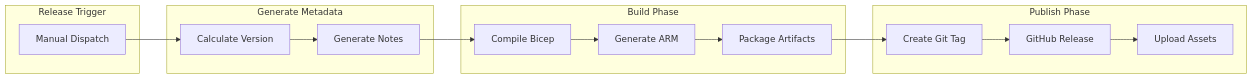
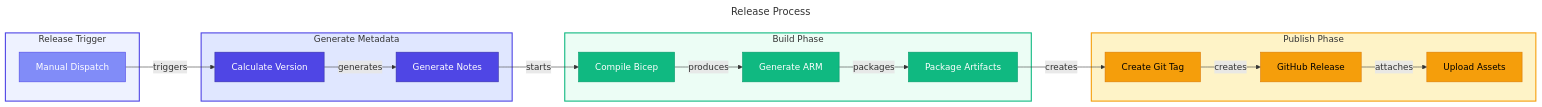
One commit to Evilazaro/DevExp-DevBox changed diagram 14 of 14 in docs/architecture/04-technology-architecture.md. Above: the diagram before and after it, drawn with Mermaid. The commit also changed other lines of this file, not shown here.

Commit message:
Refactor setup script flow, Git branching strategy, and release process diagrams to enhance clarity and detail in technology architecture documentation

````diff
--- a/docs/architecture/04-technology-architecture.md
+++ b/docs/architecture/04-technology-architecture.md
@@ -1176,32 +1196,58 @@
 ```mermaid
+---
+title: Release Process
+---
 flowchart LR
+    %% ===== STYLE DEFINITIONS =====
+    classDef primary fill:#4F46E5,stroke:#3730A3,color:#FFFFFF
+    classDef secondary fill:#10B981,stroke:#059669,color:#FFFFFF
+    classDef datastore fill:#F59E0B,stroke:#D97706,color:#000000
+    classDef trigger fill:#818CF8,stroke:#4F46E5,color:#FFFFFF
+
+    %% ===== TRIGGER =====
     subgraph Trigger["Release Trigger"]
-        MANUAL[Manual Dispatch]
+        MANUAL["Manual Dispatch"]
     end
 
+    %% ===== GENERATE =====
     subgraph Generate["Generate Metadata"]
-        VERSION[Calculate Version]
-        NOTES[Generate Notes]
+        VERSION["Calculate Version"]
+        NOTES["Generate Notes"]
     end
 
+    %% ===== BUILD =====
     subgraph Build["Build Phase"]
-        BICEP[Compile Bicep]
-        ARM[Generate ARM]
-        ZIP[Package Artifacts]
+        BICEP["Compile Bicep"]
+        ARM["Generate ARM"]
+        ZIP["Package Artifacts"]
     end
 
+    %% ===== PUBLISH =====
     subgraph Publish["Publish Phase"]
-        TAG[Create Git Tag]
-        RELEASE[GitHub Release]
-        UPLOAD[Upload Assets]
+        TAG["Create Git Tag"]
+        RELEASE["GitHub Release"]
+        UPLOAD["Upload Assets"]
     end
 
-    MANUAL --> VERSION
-    VERSION --> NOTES
-    NOTES --> BICEP
-    BICEP --> ARM
-    ARM --> ZIP
-    ZIP --> TAG
-    TAG --> RELEASE
-    RELEASE --> UPLOAD
+    %% ===== CONNECTIONS =====
+    MANUAL -->|"triggers"| VERSION
+    VERSION -->|"generates"| NOTES
+    NOTES -->|"starts"| BICEP
+    BICEP -->|"produces"| ARM
+    ARM -->|"packages"| ZIP
+    ZIP -->|"creates"| TAG
+    TAG -->|"creates"| RELEASE
+    RELEASE -->|"attaches"| UPLOAD
+
+    %% ===== APPLY STYLES =====
+    class MANUAL trigger
+    class VERSION,NOTES primary
+    class BICEP,ARM,ZIP secondary
+    class TAG,RELEASE,UPLOAD datastore
+
+    %% ===== SUBGRAPH STYLING =====
+    style Trigger fill:#EEF2FF,stroke:#4F46E5,stroke-width:2px
+    style Generate fill:#E0E7FF,stroke:#4F46E5,stroke-width:2px
+    style Build fill:#ECFDF5,stroke:#10B981,stroke-width:2px
+    style Publish fill:#FEF3C7,stroke:#F59E0B,stroke-width:2px
 ```
````
